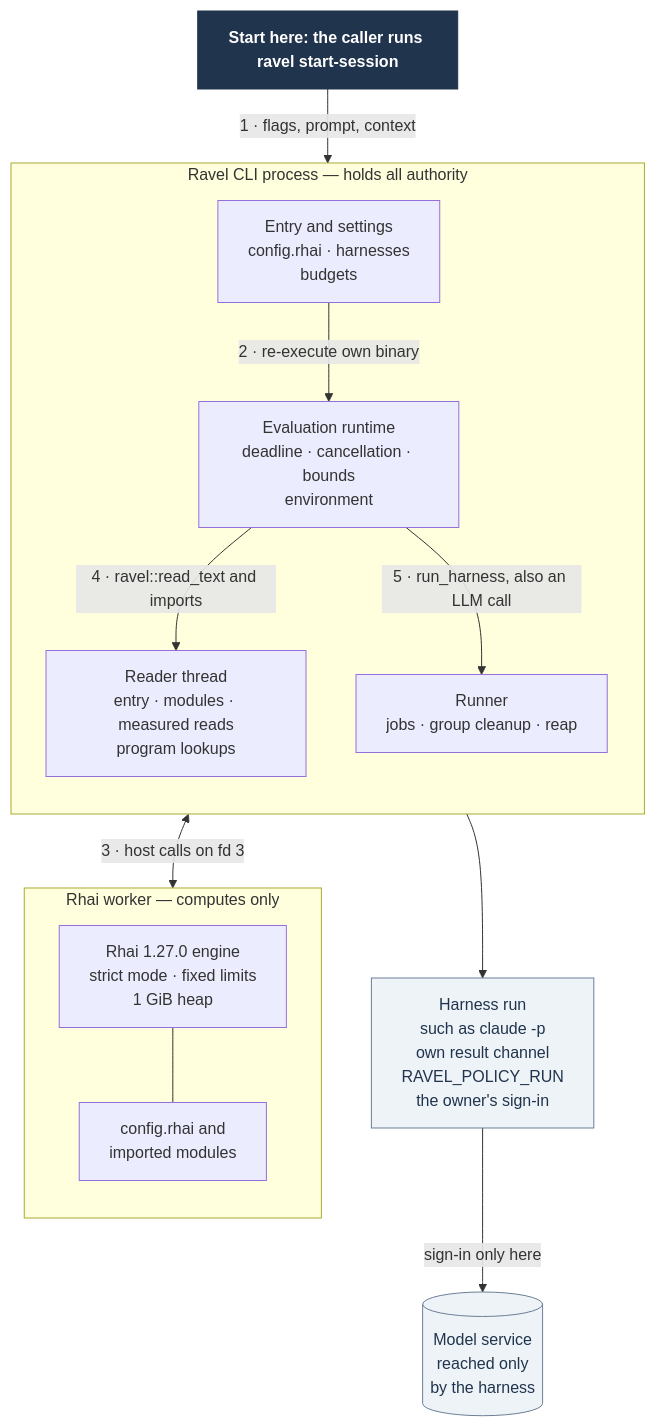
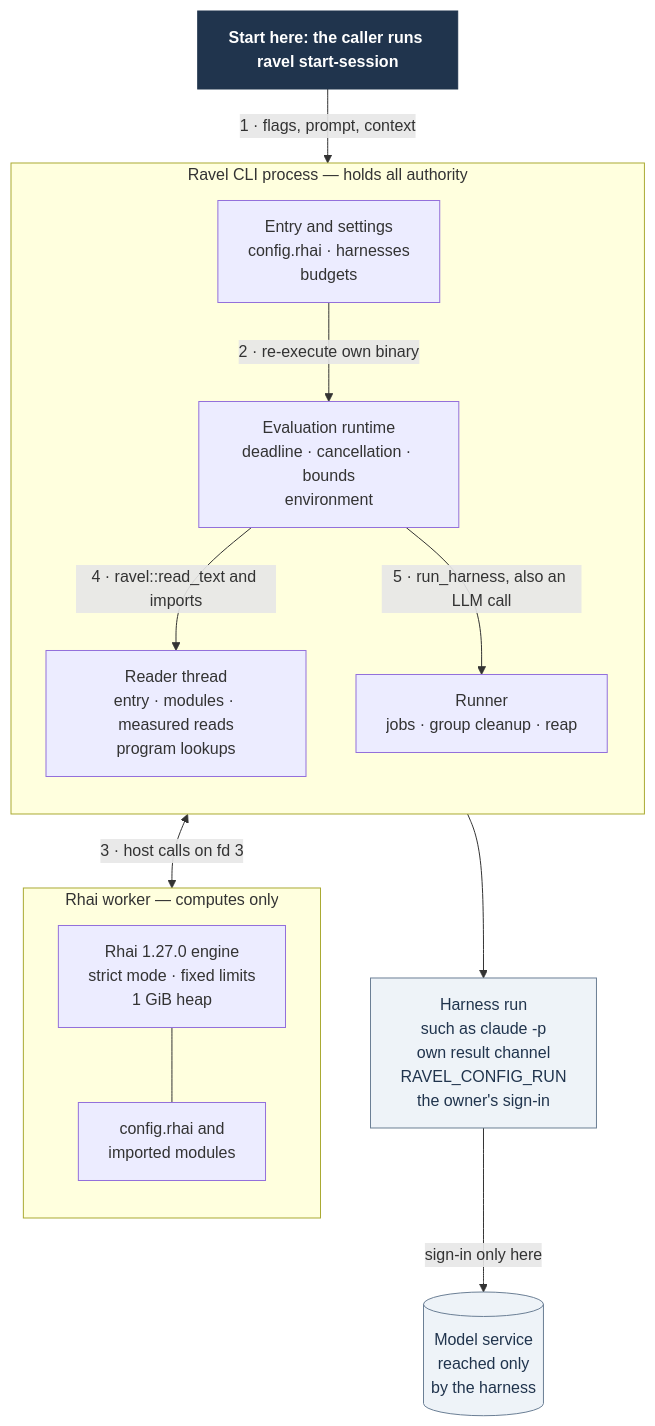
Before and after one commit to Linkuistics/Ravel: the diagram in docs/design/rhai-policy/processes.mmd, drawn with Mermaid. The commit also changed 28 other files, not shown here.

```diff
--- a/docs/design/rhai-policy/processes.mmd
+++ b/docs/design/rhai-policy/processes.mmd
@@ -1,28 +1,28 @@
 flowchart TB
   start["Start here: the caller runs ravel start-session"]
   subgraph cli["Ravel CLI process — holds all authority"]
     direction TB
     auth["Entry and settings<br/>config.rhai · harnesses<br/>budgets"]
     eval["Evaluation runtime<br/>deadline · cancellation · bounds<br/>environment"]
     reader["Reader thread<br/>entry · modules · measured reads<br/>program lookups"]
     runner["Runner<br/>jobs · group cleanup · reap"]
   end
   subgraph worker["Rhai worker — computes only"]
     direction TB
     rhai["Rhai 1.27.0 engine<br/>strict mode · fixed limits<br/>1 GiB heap"]
     mods["config.rhai and<br/>imported modules"]
   end
-  hrun["Harness run<br/>such as claude -p<br/>own result channel<br/>RAVEL_POLICY_RUN<br/>the owner's sign-in"]
+  hrun["Harness run<br/>such as claude -p<br/>own result channel<br/>RAVEL_CONFIG_RUN<br/>the owner's sign-in"]
   model[("Model service<br/>reached only<br/>by the harness")]
   start -->|"1 · flags, prompt, context"| auth
   auth -->|"2 · re-execute own binary"| eval
   eval <-->|"3 · host calls on fd 3"| rhai
   rhai --- mods
   eval -->|"4 · ravel::read_text and imports"| reader
   eval -->|"5 · run_harness, also an LLM call"| runner
   runner --> hrun
   hrun -->|"sign-in only here"| model
   classDef start fill:#20344d,color:#fff,stroke:#20344d,font-weight:bold
   classDef external fill:#eef3f8,color:#20344d,stroke:#6b7f95
   class start start
   class hrun,model external
```
